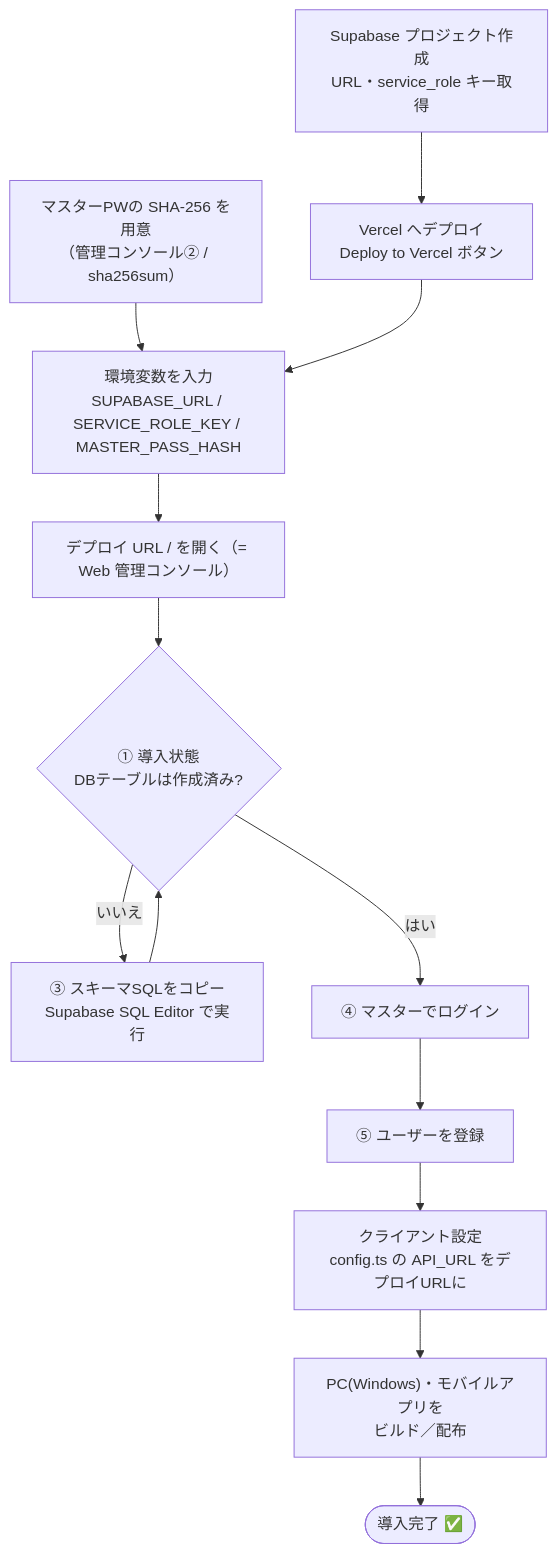
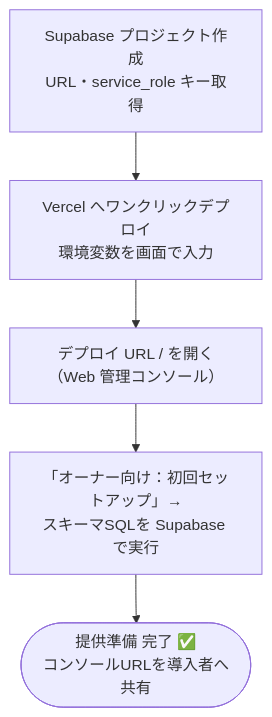
The first of 4 diagrams in README.md (C0uki/pc-login-control), drawn with Mermaid before and after one commit. The commit also changed other lines of this file and 14 other files, not shown here.

First line of the commit message:
マルチテナントSaaS化: 導入者は Supabase/Vercel を触らず組織作成のみ

````diff
--- a/README.md
+++ b/README.md
@@ -51,15 +66,7 @@
 ```mermaid
 flowchart TD
-  P["マスターPWの SHA-256 を用意<br/>（管理コンソール② / sha256sum）"] --> C["環境変数を入力<br/>SUPABASE_URL / SERVICE_ROLE_KEY / MASTER_PASS_HASH"]
-  A["Supabase プロジェクト作成<br/>URL・service_role キー取得"] --> B["Vercel へデプロイ<br/>Deploy to Vercel ボタン"]
-  B --> C
-  C --> D["デプロイ URL / を開く（= Web 管理コンソール）"]
-  D --> E{"① 導入状態<br/>DBテーブルは作成済み?"}
-  E -->|いいえ| F["③ スキーマSQLをコピー<br/>Supabase SQL Editor で実行"]
-  F --> E
-  E -->|はい| G["④ マスターでログイン"]
-  G --> H["⑤ ユーザーを登録"]
-  H --> I["クライアント設定<br/>config.ts の API_URL をデプロイURLに"]
-  I --> J["PC(Windows)・モバイルアプリを<br/>ビルド／配布"]
-  J --> K(["導入完了 ✅"])
+  A["Supabase プロジェクト作成<br/>URL・service_role キー取得"] --> B["Vercel へワンクリックデプロイ<br/>環境変数を画面で入力"]
+  B --> C["デプロイ URL / を開く（Web 管理コンソール）"]
+  C --> D["「オーナー向け：初回セットアップ」→<br/>スキーマSQLを Supabase で実行"]
+  D --> E(["提供準備 完了 ✅<br/>コンソールURLを導入者へ共有"])
 ```
````
